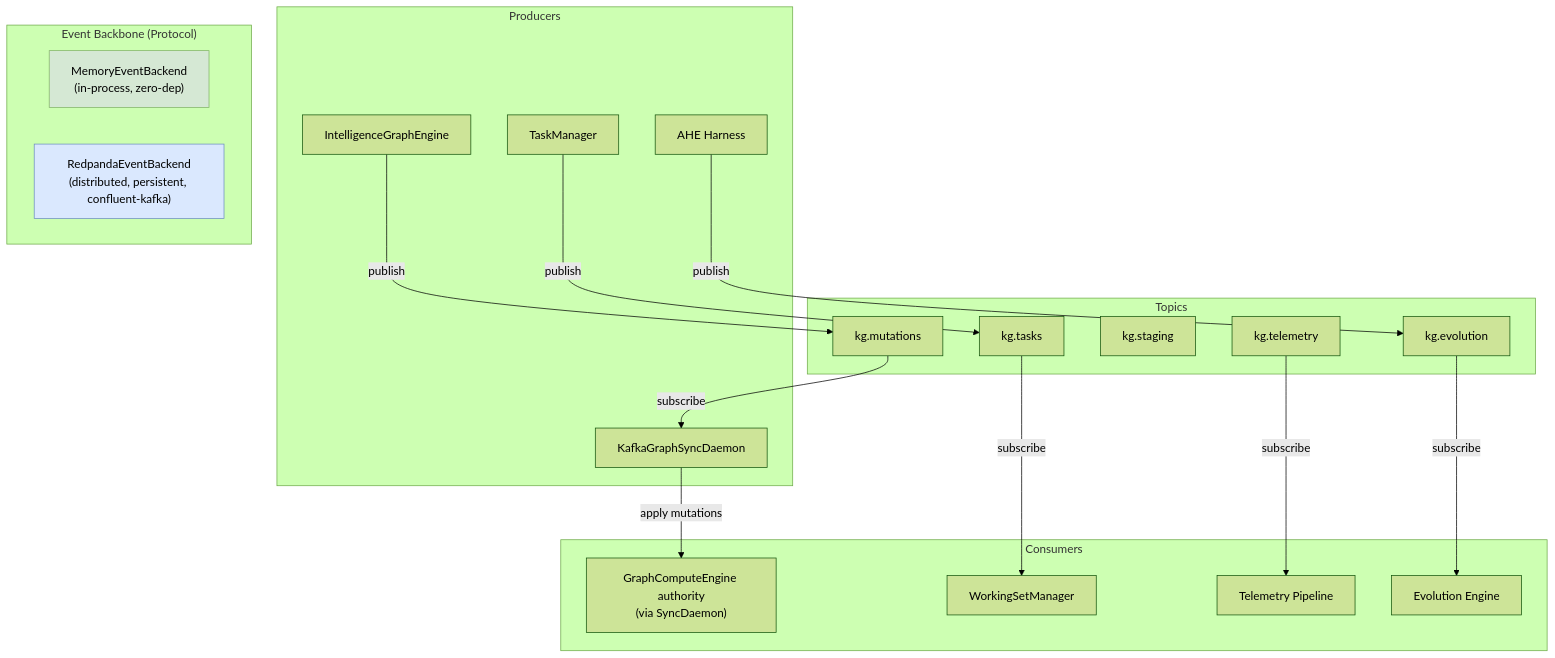
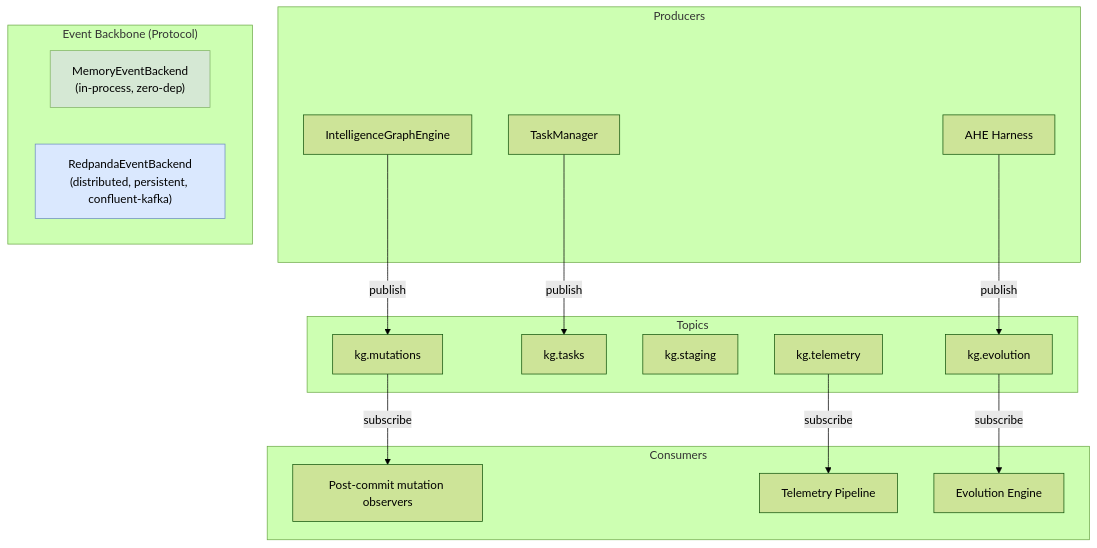
Before and after one commit to Knuckles-Team/agent-utilities: the first of 2 diagrams in docs/architecture/event_backbone_architecture.md, drawn with Mermaid (forest theme). The commit also changed other lines of this file and 3818 other files, not shown here.

````diff
--- a/docs/architecture/event_backbone_architecture.md
+++ b/docs/architecture/event_backbone_architecture.md
@@ -14,41 +14,37 @@
 ```mermaid
 graph TD
     subgraph Producers
         IGE["IntelligenceGraphEngine"]
         TM["TaskManager"]
         AHE["AHE Harness"]
-        SYNC["KafkaGraphSyncDaemon"]
     end
 
     subgraph EventBackend["Event Backbone (Protocol)"]
         MEB["MemoryEventBackend<br/>(in-process, zero-dep)"]
         KEB["RedpandaEventBackend<br/>(distributed, persistent, confluent-kafka)"]
     end
 
     subgraph Topics
         T1["kg.mutations"]
         T2["kg.tasks"]
         T3["kg.staging"]
         T4["kg.telemetry"]
         T5["kg.evolution"]
     end
 
     subgraph Consumers
-        L1["GraphComputeEngine authority<br/>(via SyncDaemon)"]
-        WSM["WorkingSetManager"]
+        OBS["Post-commit mutation observers"]
         TELE["Telemetry Pipeline"]
         EVOL["Evolution Engine"]
     end
 
     IGE -->|publish| T1
     TM -->|publish| T2
     AHE -->|publish| T5
-    T1 -->|subscribe| SYNC
-    SYNC -->|apply mutations| L1
-    T2 -->|subscribe| WSM
+    T1 -->|subscribe| OBS
     T4 -->|subscribe| TELE
     T5 -->|subscribe| EVOL
 
     style MEB fill:#d5e8d4,stroke:#82b366
     style KEB fill:#dae8fe,stroke:#6c8ebf
 ```
````
